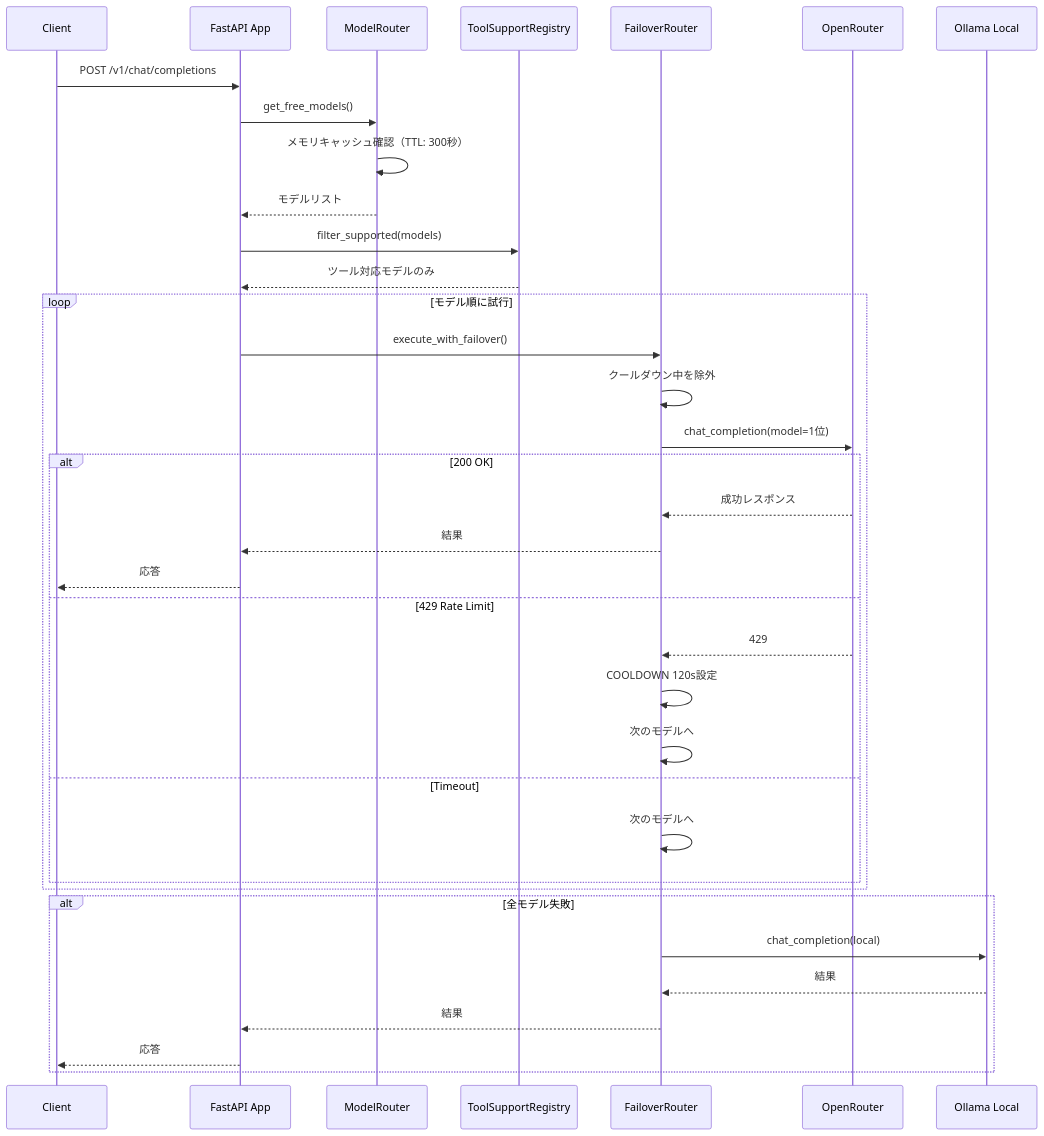
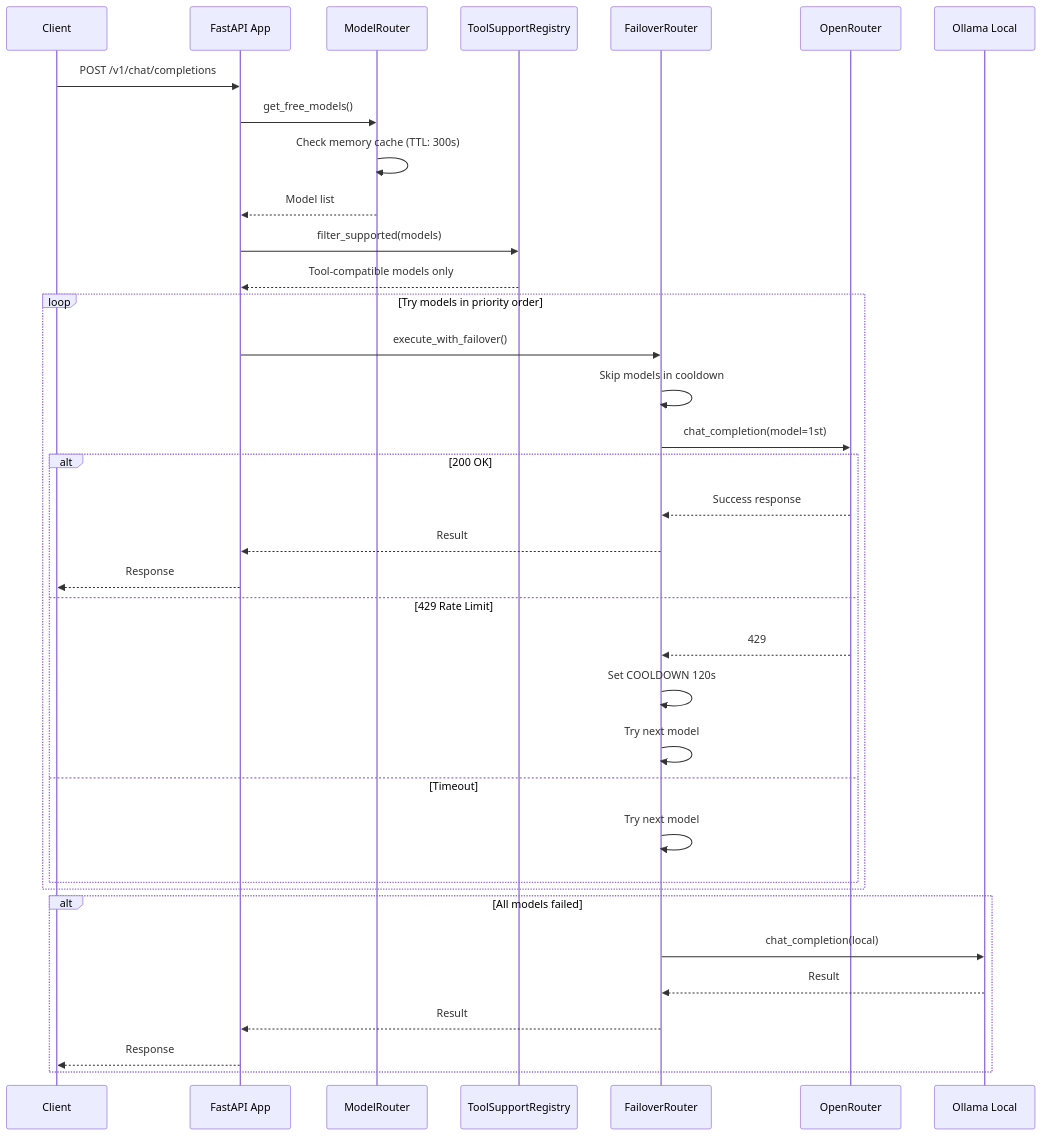
One commit to tokkkie/free-model-router changed the second of 4 diagrams in docs/how-it-works.md. Above: the diagram before and after it, drawn with Mermaid. The commit also changed other lines of this file and 3 other files, not shown here.

````diff
--- a/docs/how-it-works.md
+++ b/docs/how-it-works.md
@@ -55,44 +55,44 @@
 ```mermaid
 sequenceDiagram
     participant Client as Client
     participant App as FastAPI App
     participant MR as ModelRouter
     participant TSR as ToolSupportRegistry
     participant FR as FailoverRouter
     participant OR as OpenRouter
     participant Ollama as Ollama Local
 
     Client->>App: POST /v1/chat/completions
 
     App->>MR: get_free_models()
-    MR->>MR: メモリキャッシュ確認（TTL: 300秒）
-    MR-->>App: モデルリスト
+    MR->>MR: Check memory cache (TTL: 300s)
+    MR-->>App: Model list
 
     App->>TSR: filter_supported(models)
-    TSR-->>App: ツール対応モデルのみ
+    TSR-->>App: Tool-compatible models only
 
-    loop モデル順に試行
+    loop Try models in priority order
         App->>FR: execute_with_failover()
-        FR->>FR: クールダウン中を除外
+        FR->>FR: Skip models in cooldown
 
-        FR->>OR: chat_completion(model=1位)
+        FR->>OR: chat_completion(model=1st)
         alt 200 OK
-            OR-->>FR: 成功レスポンス
-            FR-->>App: 結果
-            App-->>Client: 応答
+            OR-->>FR: Success response
+            FR-->>App: Result
+            App-->>Client: Response
         else 429 Rate Limit
             OR-->>FR: 429
-            FR->>FR: COOLDOWN 120s設定
-            FR->>FR: 次のモデルへ
+            FR->>FR: Set COOLDOWN 120s
+            FR->>FR: Try next model
         else Timeout
-            FR->>FR: 次のモデルへ
+            FR->>FR: Try next model
         end
     end
 
-    alt 全モデル失敗
+    alt All models failed
         FR->>Ollama: chat_completion(local)
-        Ollama-->>FR: 結果
-        FR-->>App: 結果
-        App-->>Client: 応答
+        Ollama-->>FR: Result
+        FR-->>App: Result
+        App-->>Client: Response
     end
 ```
````
